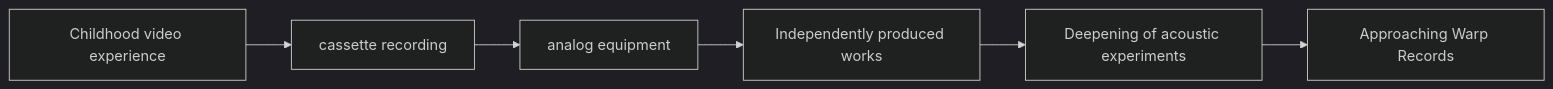
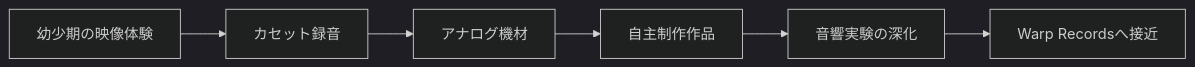
One commit to monumental-movement/monumental-movement.github.io changed the first of 10 diagrams in en/_posts/2026-07-18-column-boards-of-canada.md. Above: the diagram before and after it, drawn with Mermaid (dark theme). The commit also changed other lines of this file and 2196 other files, not shown here.

```diff
--- a/en/_posts/2026-07-18-column-boards-of-canada.md
+++ b/en/_posts/2026-07-18-column-boards-of-canada.md
@@ -202,8 +201,8 @@
 <div class="mermaid">
 graph LR
-A[Childhood video experience] --> B[cassette recording]
-B --> C[analog equipment]
-C --> D[Independently produced works]
-D --> E[Deepening of acoustic experiments]
-E --> F[Approaching Warp Records]
+A[幼少期の映像体験] --> B[カセット録音]
+B --> C[アナログ機材]
+C --> D[自主制作作品]
+D --> E[音響実験の深化]
+E --> F[Warp Recordsへ接近]
 </div>
```
